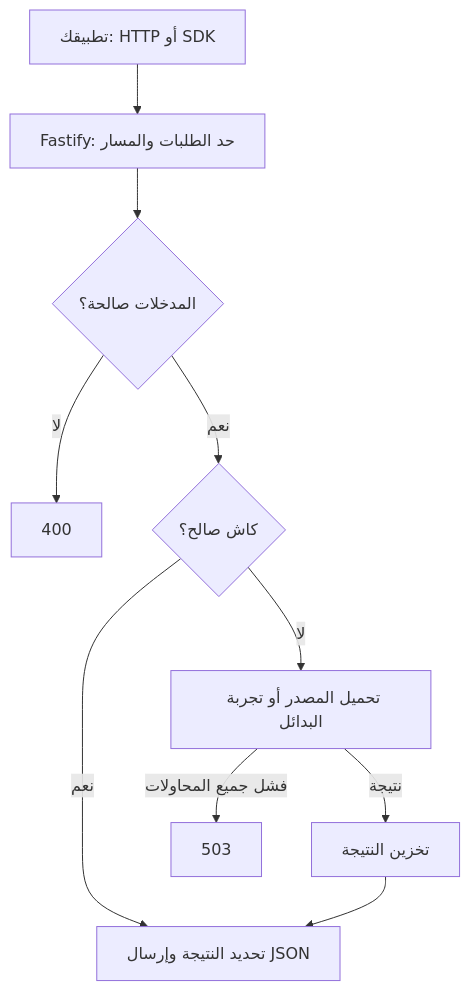
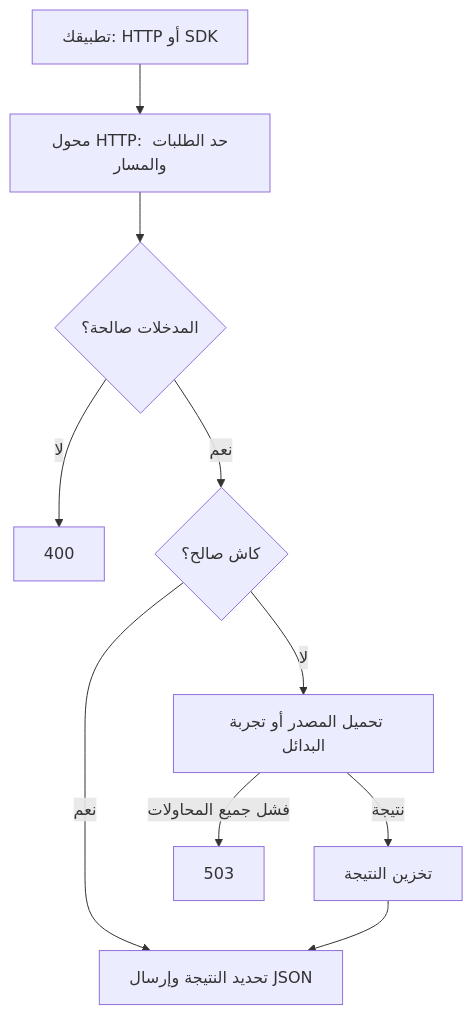
One commit to BonyanOSS/docs changed the diagram in locales/ar/concepts/architecture.mdx. Above: the diagram before and after it, drawn with Mermaid. The commit also changed other lines of this file and 121 other files, not shown here.

````diff
--- a/locales/ar/concepts/architecture.mdx
+++ b/locales/ar/concepts/architecture.mdx
@@ -10,12 +10,12 @@
 ```mermaid
 flowchart TD
-    A["تطبيقك: HTTP أو SDK"] --> B["Fastify: حد الطلبات والمسار"]
+    A["تطبيقك: HTTP أو SDK"] --> B["محول HTTP: حد الطلبات والمسار"]
     B --> C{"المدخلات صالحة؟"}
     C -->|لا| X["400"]
     C -->|نعم| D{"كاش صالح؟"}
     D -->|نعم| R["تحديد النتيجة وإرسال JSON"]
     D -->|لا| P["تحميل المصدر أو تجربة البدائل"]
     P -->|نتيجة| S["تخزين النتيجة"]
     S --> R
     P -->|فشل جميع المحاولات| E["503"]
 ```
````
